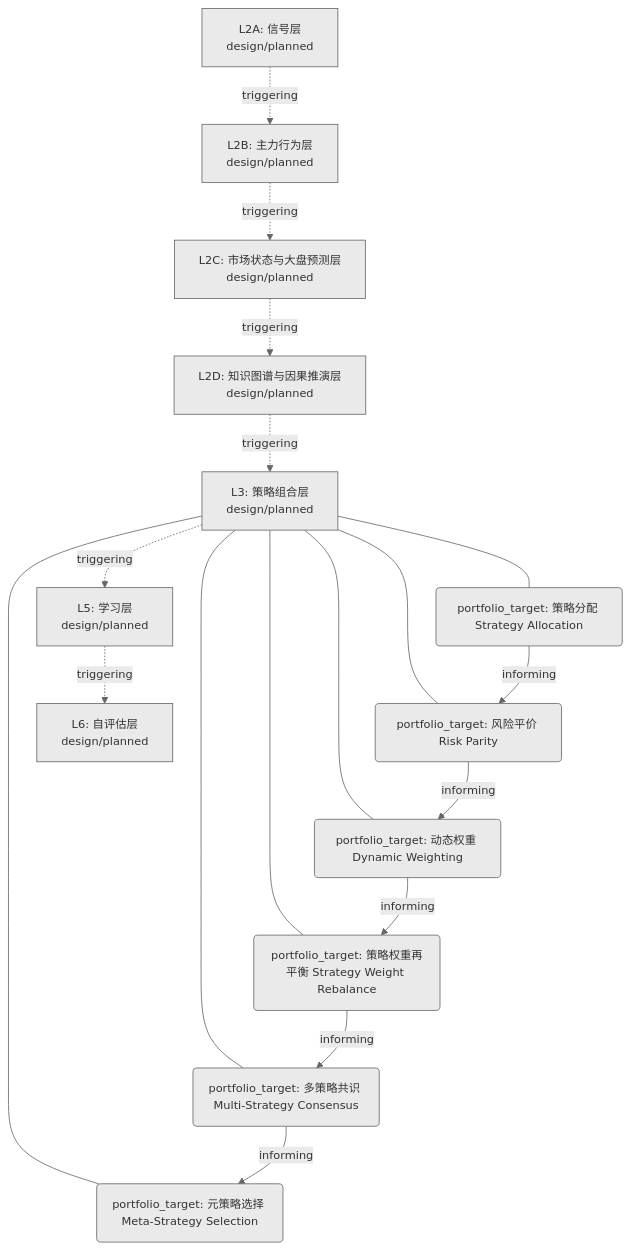
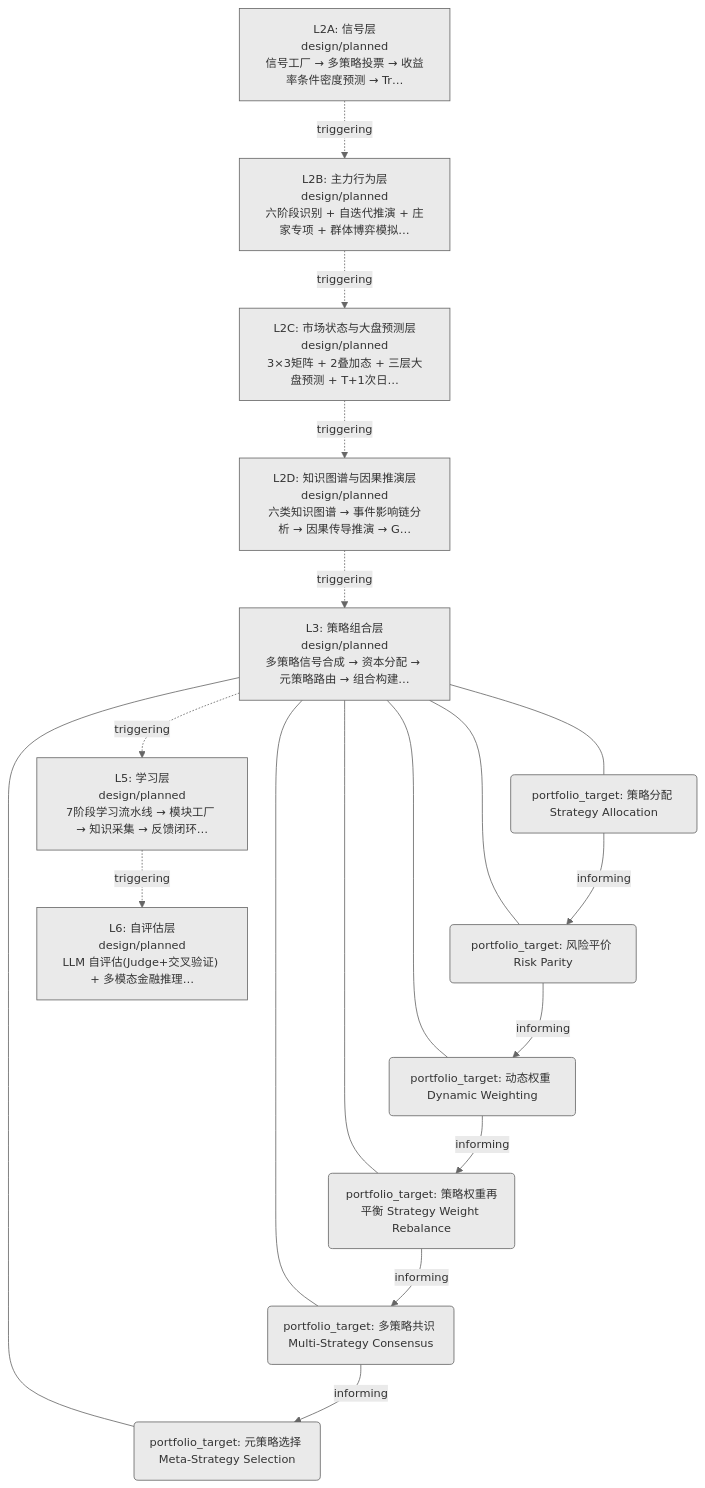
The first of 2 diagrams in docs/02_enterprise_architecture/06_decision_architecture/16_decision_l3_pf_alloc.md (xuanFelixVan/ZephyrAlpha), drawn with Mermaid before and after one commit. The commit also changed other lines of this file and 17 other files, not shown here.

First line of the commit message:
feat(decision-diagram): Layer 节点标签加入功能简介（截断）

````diff
--- a/docs/02_enterprise_architecture/06_decision_architecture/16_decision_l3_pf_alloc.md
+++ b/docs/02_enterprise_architecture/06_decision_architecture/16_decision_l3_pf_alloc.md
@@ -21,34 +21,34 @@
 ```mermaid
 %%{init: {'theme': 'base', 'themeVariables': {'primaryColor': '#eaeaea', 'primaryTextColor': '#333333', 'primaryBorderColor': '#666666', 'lineColor': '#666666', 'secondaryColor': '#eaeaea', 'tertiaryColor': '#eaeaea', 'fontSize': '14px'}}}%%
 flowchart TD
-    LL2A["L2A: 信号层<br/>design/planned"]
-    LL2B["L2B: 主力行为层<br/>design/planned"]
-    LL2C["L2C: 市场状态与大盘预测层<br/>design/planned"]
-    LL2D["L2D: 知识图谱与因果推演层<br/>design/planned"]
-    LL3["L3: 策略组合层<br/>design/planned"]
+    LL2A["L2A: 信号层<br/>design/planned<br/>信号工厂 → 多策略投票 → 收益率条件密度预测 → Tr…"]
+    LL2B["L2B: 主力行为层<br/>design/planned<br/>六阶段识别 + 自迭代推演 + 庄家专项 + 群体博弈模拟…"]
+    LL2C["L2C: 市场状态与大盘预测层<br/>design/planned<br/>3×3矩阵 + 2叠加态 + 三层大盘预测 + T+1次日…"]
+    LL2D["L2D: 知识图谱与因果推演层<br/>design/planned<br/>六类知识图谱 → 事件影响链分析 → 因果传导推演 → G…"]
+    LL3["L3: 策略组合层<br/>design/planned<br/>多策略信号合成 → 资本分配 → 元策略路由 → 组合构建…"]
     N32("portfolio_target: 策略分配 Strategy Allocation")
     LL3 --- N32
     N33("portfolio_target: 风险平价 Risk Parity")
     LL3 --- N33
     N34("portfolio_target: 动态权重 Dynamic Weighting")
     LL3 --- N34
     N35("portfolio_target: 策略权重再平衡 Strategy Weight Rebalance")
     LL3 --- N35
     N36("portfolio_target: 多策略共识 Multi-Strategy Consensus")
     LL3 --- N36
     N37("portfolio_target: 元策略选择 Meta-Strategy Selection")
     LL3 --- N37
-    LL5["L5: 学习层<br/>design/planned"]
-    LL6["L6: 自评估层<br/>design/planned"]
+    LL5["L5: 学习层<br/>design/planned<br/>7阶段学习流水线 → 模块工厂 → 知识采集 → 反馈闭环…"]
+    LL6["L6: 自评估层<br/>design/planned<br/>LLM 自评估(Judge+交叉验证) + 多模态金融推理…"]
     LL2A -.->|triggering| LL2B
     LL2B -.->|triggering| LL2C
     LL2C -.->|triggering| LL2D
     LL2D -.->|triggering| LL3
     LL3 -.->|triggering| LL5
     LL5 -.->|triggering| LL6
     N32 -->|informing| N33
     N33 -->|informing| N34
     N34 -->|informing| N35
     N35 -->|informing| N36
     N36 -->|informing| N37
 ```
````
